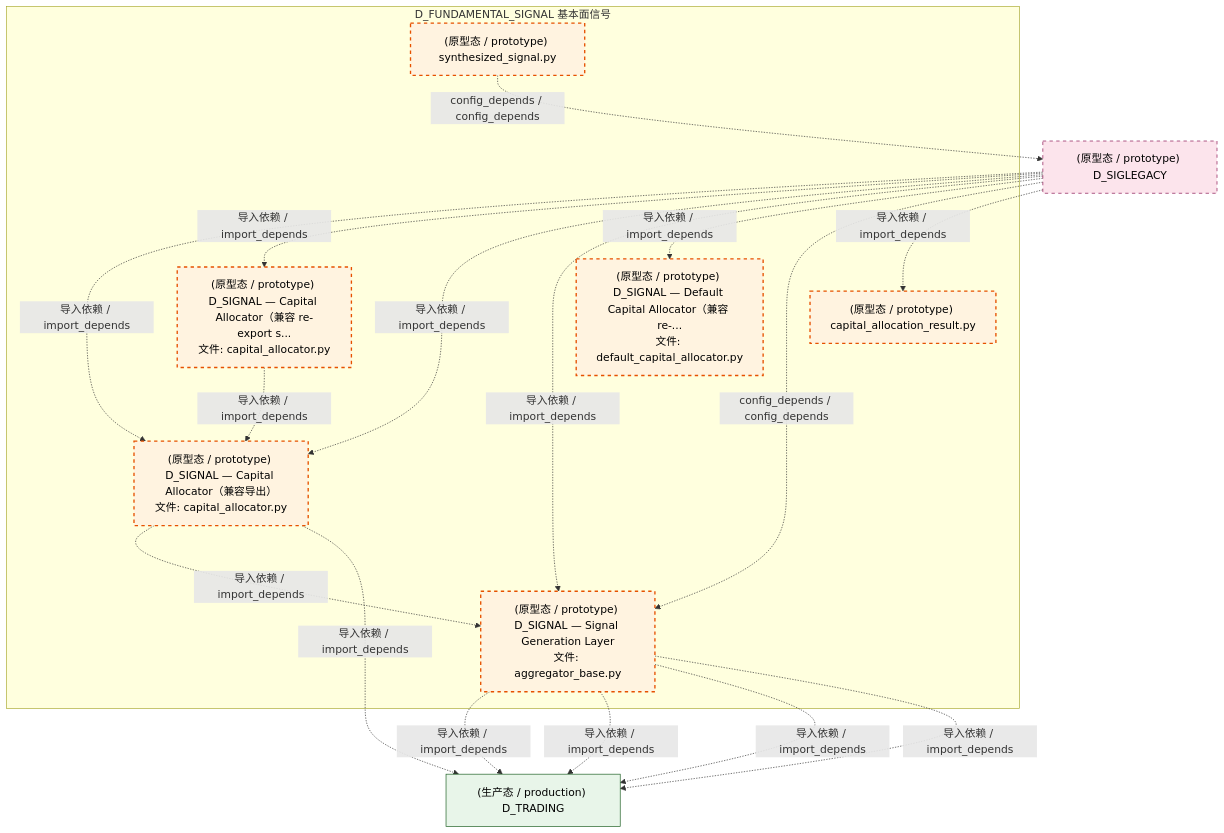
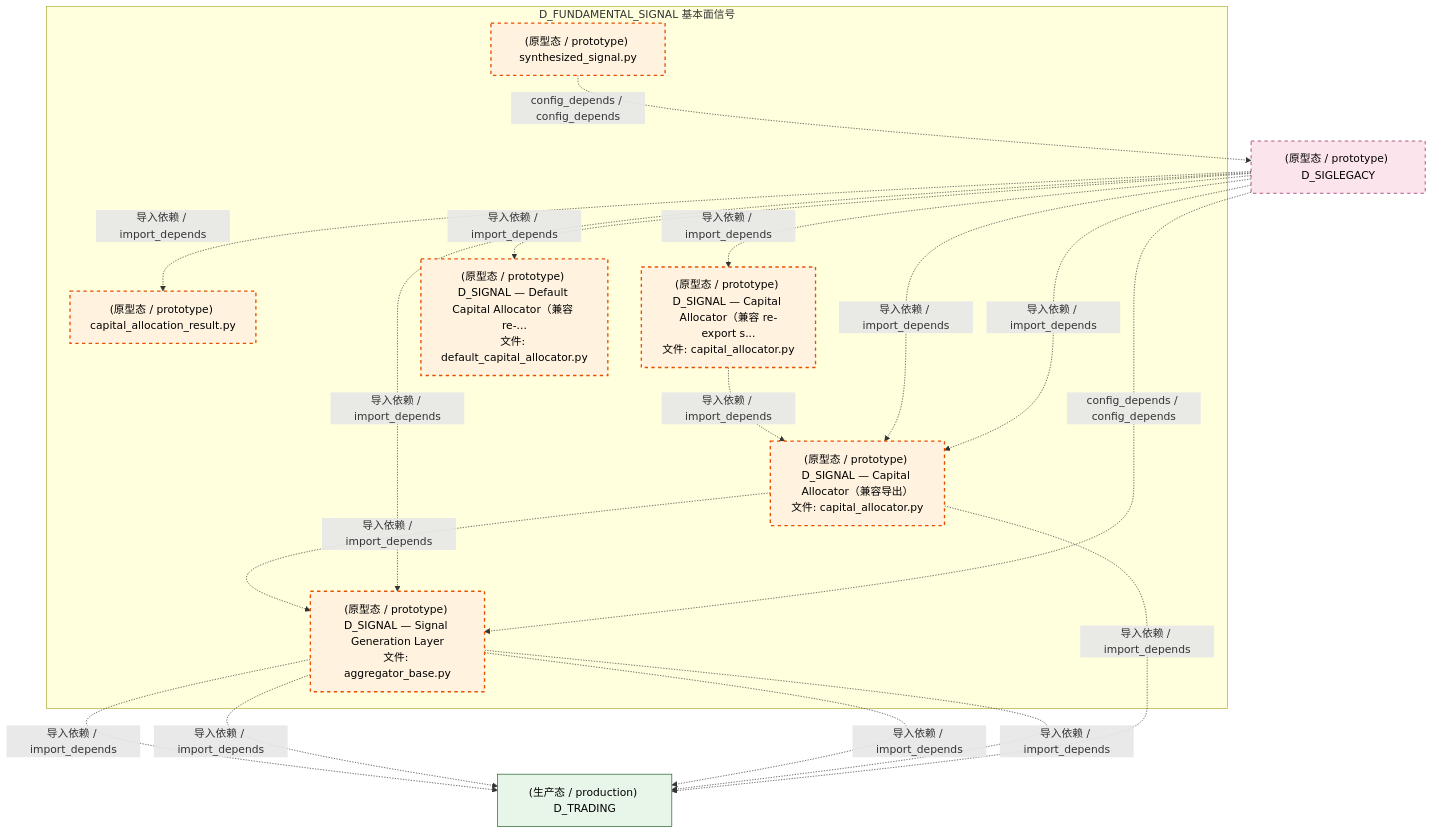
Before and after one commit to xuanFelixVan/ZephyrAlpha: the third of 4 diagrams in docs/02_enterprise_architecture/02_domain_architecture_docs/37_d_fundamental_signal.md, drawn with Mermaid. The commit also changed other lines of this file and 126 other files, not shown here.

````diff
--- a/docs/02_enterprise_architecture/02_domain_architecture_docs/37_d_fundamental_signal.md
+++ b/docs/02_enterprise_architecture/02_domain_architecture_docs/37_d_fundamental_signal.md
@@ -177,35 +177,35 @@
 ```mermaid
 graph TD
     subgraph D_FUNDAMENTAL_SIGNAL["D_FUNDAMENTAL_SIGNAL 基本面信号"]
         src_zephyr_signal_fundamental_capital_capital_allocation_result_py["(原型态 / prototype) capital_allocation_result.py"]
         src_zephyr_signal_fundamental_capital_capital_allocator_py["(原型态 / prototype) D_SIGNAL — Capital Allocator（兼容 re-export s...<br/>文件: capital_allocator.py"]
         src_zephyr_signal_fundamental_capital_default_capital_allocator_py["(原型态 / prototype) D_SIGNAL — Default Capital Allocator（兼容 re-...<br/>文件: default_capital_allocator.py"]
         src_zephyr_signal_fundamental_combiner_synthesized_signal_py["(原型态 / prototype) synthesized_signal.py"]
         src_zephyr_signal_fundamental_gen_aggregator_base_py["(原型态 / prototype) D_SIGNAL — Signal Generation Layer<br/>文件: aggregator_base.py"]
         src_zephyr_signal_fundamental_strategy_capital_allocator_py["(原型态 / prototype) D_SIGNAL — Capital Allocator（兼容导出）<br/>文件: capital_allocator.py"]
     end
     src_zephyr_signal_fundamental_capital_capital_allocator_py -.->|导入依赖 / import_depends| src_zephyr_signal_fundamental_strategy_capital_allocator_py
     src_zephyr_signal_fundamental_strategy_capital_allocator_py -.->|导入依赖 / import_depends| src_zephyr_signal_fundamental_gen_aggregator_base_py
+    D_SIGLEGACY["(原型态 / prototype) D_SIGLEGACY"]
+    src_zephyr_signal_fundamental_combiner_synthesized_signal_py -.->|config_depends / config_depends| D_SIGLEGACY
     D_TRADING["(生产态 / production) D_TRADING"]
     src_zephyr_signal_fundamental_gen_aggregator_base_py -.->|导入依赖 / import_depends| D_TRADING
     src_zephyr_signal_fundamental_gen_aggregator_base_py -.->|导入依赖 / import_depends| D_TRADING
-    D_SIGLEGACY["(原型态 / prototype) D_SIGLEGACY"]
-    src_zephyr_signal_fundamental_combiner_synthesized_signal_py -.->|config_depends / config_depends| D_SIGLEGACY
-    src_zephyr_signal_fundamental_strategy_capital_allocator_py -.->|导入依赖 / import_depends| D_TRADING
     src_zephyr_signal_fundamental_gen_aggregator_base_py -.->|导入依赖 / import_depends| D_TRADING
     src_zephyr_signal_fundamental_gen_aggregator_base_py -.->|导入依赖 / import_depends| D_TRADING
+    src_zephyr_signal_fundamental_strategy_capital_allocator_py -.->|导入依赖 / import_depends| D_TRADING
+    D_SIGLEGACY -.->|导入依赖 / import_depends| src_zephyr_signal_fundamental_capital_capital_allocation_result_py
+    D_SIGLEGACY -.->|导入依赖 / import_depends| src_zephyr_signal_fundamental_capital_capital_allocator_py
+    D_SIGLEGACY -.->|导入依赖 / import_depends| src_zephyr_signal_fundamental_capital_default_capital_allocator_py
+    D_SIGLEGACY -.->|导入依赖 / import_depends| src_zephyr_signal_fundamental_gen_aggregator_base_py
     D_SIGLEGACY -.->|导入依赖 / import_depends| src_zephyr_signal_fundamental_strategy_capital_allocator_py
-    D_SIGLEGACY -.->|导入依赖 / import_depends| src_zephyr_signal_fundamental_capital_capital_allocator_py
     D_SIGLEGACY -.->|导入依赖 / import_depends| src_zephyr_signal_fundamental_strategy_capital_allocator_py
-    D_SIGLEGACY -.->|导入依赖 / import_depends| src_zephyr_signal_fundamental_gen_aggregator_base_py
-    D_SIGLEGACY -.->|导入依赖 / import_depends| src_zephyr_signal_fundamental_capital_default_capital_allocator_py
     D_SIGLEGACY -.->|config_depends / config_depends| src_zephyr_signal_fundamental_gen_aggregator_base_py
-    D_SIGLEGACY -.->|导入依赖 / import_depends| src_zephyr_signal_fundamental_capital_capital_allocation_result_py
     classDef production fill:#e1f5fe,stroke:#01579b,stroke-width:2px,color:#000
     classDef design fill:#fff3e0,stroke:#e65100,stroke-width:2px,color:#000,stroke-dasharray: 5 5
     classDef external_prod fill:#e8f5e9,stroke:#1b5e20,stroke-width:1px,color:#000
     classDef external_design fill:#fce4ec,stroke:#880e4f,stroke-width:1px,color:#000,stroke-dasharray: 5 5
     class src_zephyr_signal_fundamental_capital_capital_allocation_result_py,src_zephyr_signal_fundamental_capital_capital_allocator_py,src_zephyr_signal_fundamental_capital_default_capital_allocator_py,src_zephyr_signal_fundamental_combiner_synthesized_signal_py,src_zephyr_signal_fundamental_gen_aggregator_base_py,src_zephyr_signal_fundamental_strategy_capital_allocator_py design
     class D_TRADING external_prod
     class D_SIGLEGACY external_design
 ```
````
